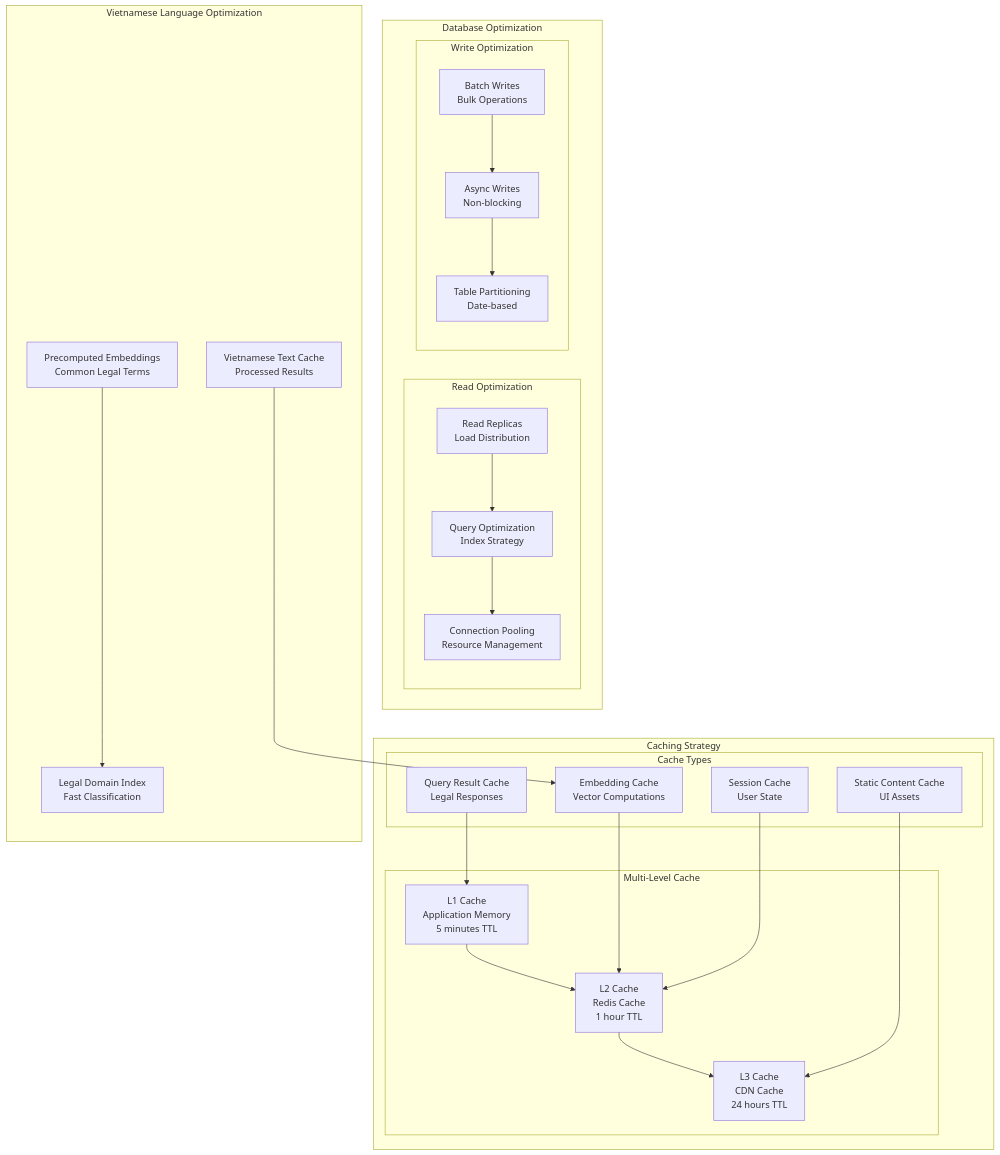
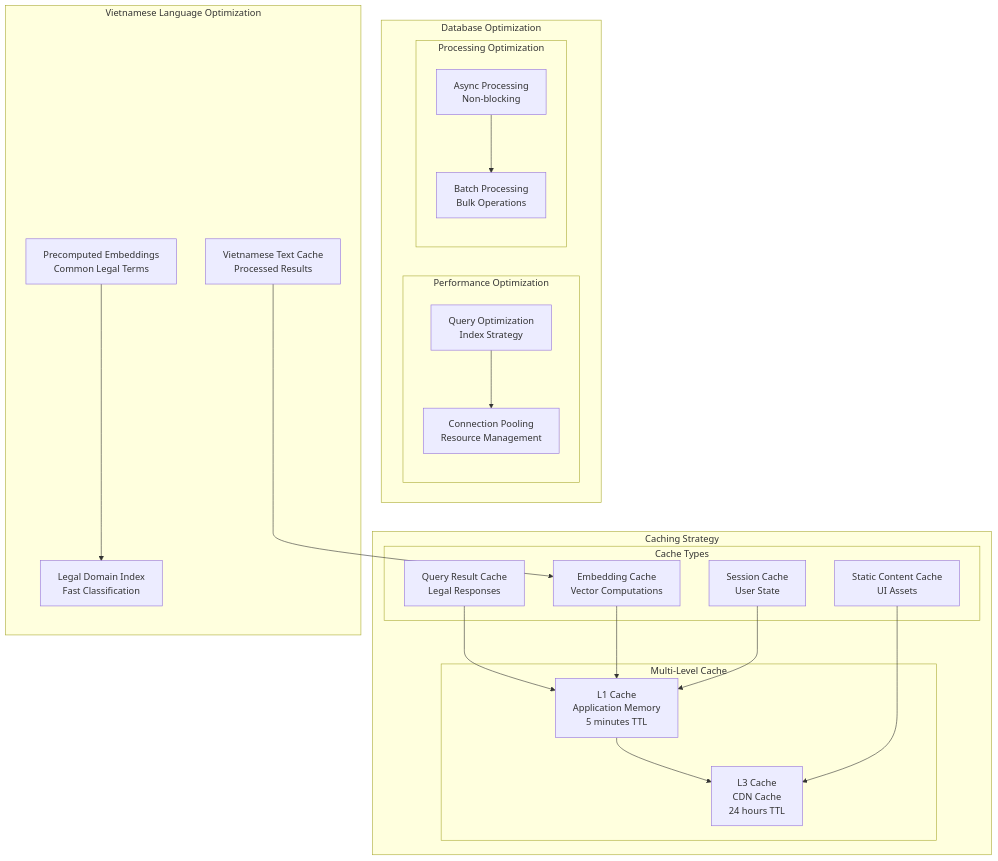
Diagram 14 of 15 in vietnamese_legal_chatbot/docs/system-architecture.md (LePhuongPhuong/F1-Hackathon-CopilotTeam), drawn with Mermaid before and after one commit. The commit also changed other lines of this file and 15 other files, not shown here.

````diff
--- a/vietnamese_legal_chatbot/docs/system-architecture.md
+++ b/vietnamese_legal_chatbot/docs/system-architecture.md
@@ -891,54 +641,48 @@
 ```mermaid
 graph TB
     subgraph "Caching Strategy"
         subgraph "Multi-Level Cache"
             L1[L1 Cache<br/>Application Memory<br/>5 minutes TTL]
-            L2[L2 Cache<br/>Redis Cache<br/>1 hour TTL]
             L3[L3 Cache<br/>CDN Cache<br/>24 hours TTL]
         end
         
         subgraph "Cache Types"
             QUERY_CACHE[Query Result Cache<br/>Legal Responses]
             EMBEDDING_CACHE[Embedding Cache<br/>Vector Computations]
             SESSION_CACHE[Session Cache<br/>User State]
             STATIC_CACHE[Static Content Cache<br/>UI Assets]
         end
     end
     
     subgraph "Database Optimization"
-        subgraph "Read Optimization"
-            READ_REPLICA[Read Replicas<br/>Load Distribution]
+        subgraph "Performance Optimization"
             QUERY_OPT[Query Optimization<br/>Index Strategy]
             CONN_POOL[Connection Pooling<br/>Resource Management]
         end
         
-        subgraph "Write Optimization"
-            BATCH_WRITE[Batch Writes<br/>Bulk Operations]
-            ASYNC_WRITE[Async Writes<br/>Non-blocking]
-            PARTITION[Table Partitioning<br/>Date-based]
+        subgraph "Processing Optimization"
+            ASYNC_PROC[Async Processing<br/>Non-blocking]
+            BATCH_PROC[Batch Processing<br/>Bulk Operations]
         end
     end
     
     subgraph "Vietnamese Language Optimization"
         TEXT_CACHE[Vietnamese Text Cache<br/>Processed Results]
         EMBEDDING_PRECOMPUTE[Precomputed Embeddings<br/>Common Legal Terms]
         DOMAIN_INDEX[Legal Domain Index<br/>Fast Classification]
     end
     
-    L1 --> L2
-    L2 --> L3
+    L1 --> L3
     
     QUERY_CACHE --> L1
-    EMBEDDING_CACHE --> L2
-    SESSION_CACHE --> L2
+    EMBEDDING_CACHE --> L1
+    SESSION_CACHE --> L1
     STATIC_CACHE --> L3
     
-    READ_REPLICA --> QUERY_OPT
     QUERY_OPT --> CONN_POOL
     
-    BATCH_WRITE --> ASYNC_WRITE
-    ASYNC_WRITE --> PARTITION
+    ASYNC_PROC --> BATCH_PROC
     
     TEXT_CACHE --> EMBEDDING_CACHE
     EMBEDDING_PRECOMPUTE --> DOMAIN_INDEX
 ```
````
